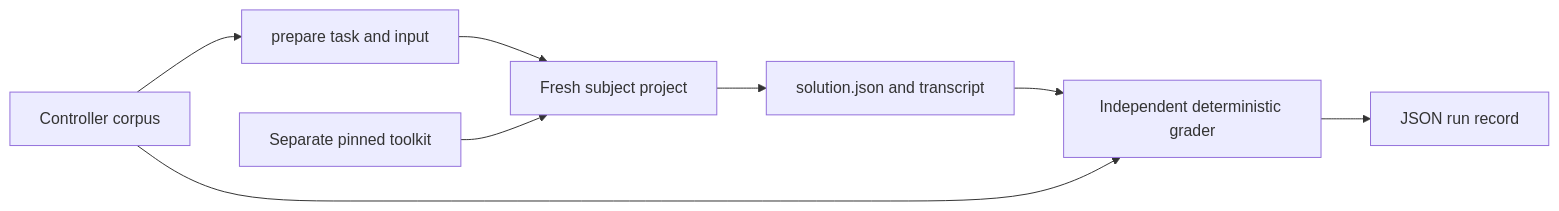
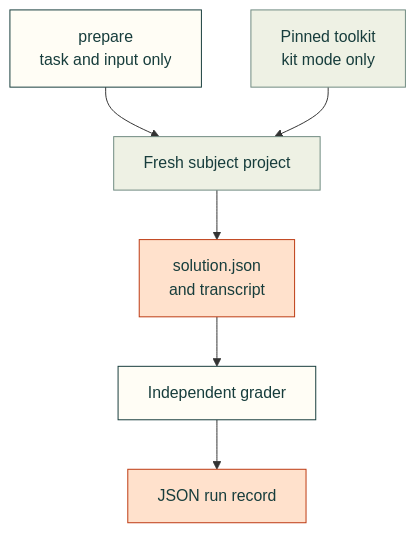
One commit to Valpatel/cad-agent changed the first of 2 diagrams in docs/practice/standard-evaluation.md. Above: the diagram before and after it, drawn with Mermaid. The commit also changed other lines of this file and 1 other file, not shown here.

Commit message:
docs(eval): keep protocol readable with compact diagrams and folds

````diff
--- a/docs/practice/standard-evaluation.md
+++ b/docs/practice/standard-evaluation.md
@@ -9,10 +9,14 @@
 ```mermaid
-flowchart LR
-    C[Controller corpus] --> P[prepare task and input]
-    P --> S[Fresh subject project]
-    K[Separate pinned toolkit] --> S
-    S --> O[solution.json and transcript]
-    O --> G[Independent deterministic grader]
-    C --> G
-    G --> R[JSON run record]
+flowchart TD
+    P["prepare<br/>task and input only"] --> S["Fresh subject project"]
+    K["Pinned toolkit<br/>kit mode only"] --> S
+    S --> O["solution.json<br/>and transcript"]
+    O --> G["Independent grader"]
+    G --> R["JSON run record"]
+    classDef here fill:#fffdf5,stroke:#173d3c,color:#173d3c
+    classDef near fill:#eef1e4,stroke:#6f8a80,color:#173d3c
+    classDef out fill:#ffe1cc,stroke:#bd3a12,color:#173d3c
+    class P,G here
+    class K,S near
+    class O,R out
 ```
````
